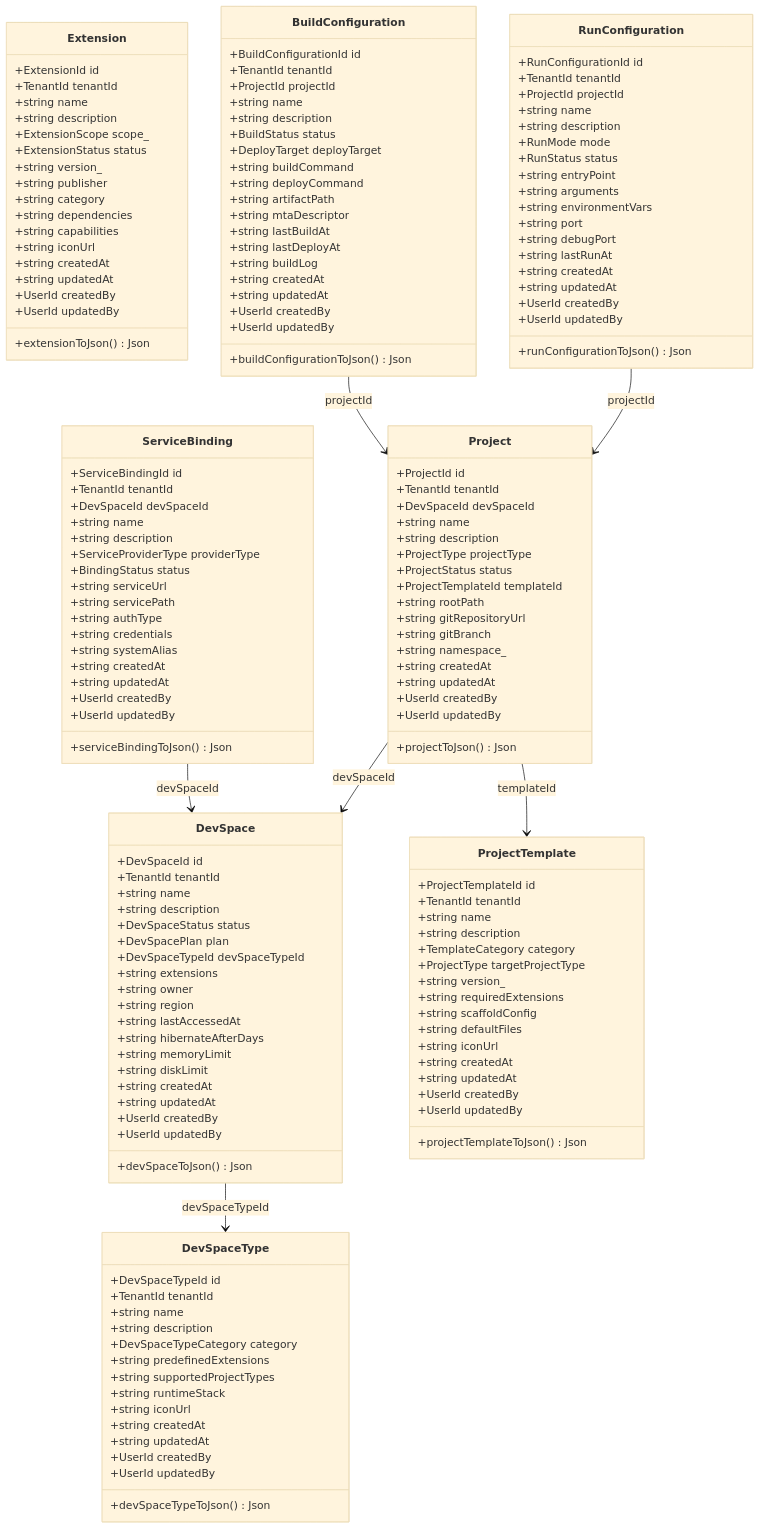
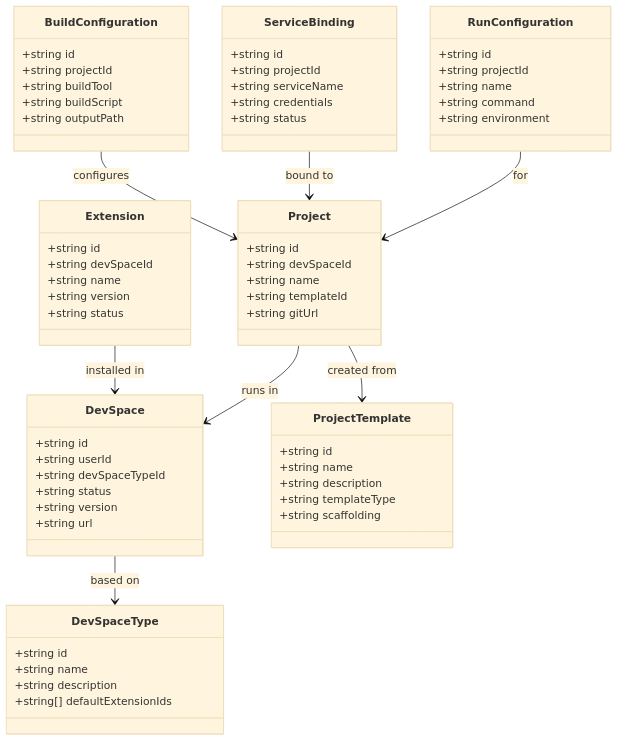
One commit to UIMSolutions/uim-platform changed the first of 3 diagrams in application-studio/UML.md. Above: the diagram before and after it, drawn with Mermaid (base theme). The commit also changed other lines of this file and 128 other files, not shown here.

Commit message:
Refactor UML documentation for Task Center and Transport services; streamline class diagrams, sequence diagrams, and component diagrams for clarity and consistency. Update NAFv4 architecture description to enhance structure and readability. Adjust container module imports for better organization.

````diff
--- a/application-studio/UML.md
+++ b/application-studio/UML.md
@@ -5,170 +5,67 @@
 ```mermaid
 classDiagram
     class DevSpace {
-        +DevSpaceId id
-        +TenantId tenantId
+        +string id
+        +string userId
+        +string devSpaceTypeId
+        +string status
+        +string version
+        +string url
+    }
+    class Project {
+        +string id
+        +string devSpaceId
+        +string name
+        +string templateId
+        +string gitUrl
+    }
+    class Extension {
+        +string id
+        +string devSpaceId
+        +string name
+        +string version
+        +string status
+    }
+    class RunConfiguration {
+        +string id
+        +string projectId
+        +string name
+        +string command
+        +string environment
+    }
+    class DevSpaceType {
+        +string id
         +string name
         +string description
-        +DevSpaceStatus status
-        +DevSpacePlan plan
-        +DevSpaceTypeId devSpaceTypeId
-        +string extensions
-        +string owner
-        +string region
-        +string lastAccessedAt
-        +string hibernateAfterDays
-        +string memoryLimit
-        +string diskLimit
-        +string createdAt
-        +string updatedAt
-        +UserId createdBy
-        +UserId updatedBy
-        +devSpaceToJson() Json
+        +string[] defaultExtensionIds
+    }
+    class ServiceBinding {
+        +string id
+        +string projectId
+        +string serviceName
+        +string credentials
+        +string status
+    }
+    class ProjectTemplate {
+        +string id
+        +string name
+        +string description
+        +string templateType
+        +string scaffolding
+    }
+    class BuildConfiguration {
+        +string id
+        +string projectId
+        +string buildTool
+        +string buildScript
+        +string outputPath
     }
 
-    class DevSpaceType {
-        +DevSpaceTypeId id
-        +TenantId tenantId
-        +string name
-        +string description
-        +DevSpaceTypeCategory category
-        +string predefinedExtensions
-        +string supportedProjectTypes
-        +string runtimeStack
-        +string iconUrl
-        +string createdAt
-        +string updatedAt
-        +UserId createdBy
-        +UserId updatedBy
-        +devSpaceTypeToJson() Json
-    }
-
-    class Extension {
-        +ExtensionId id
-        +TenantId tenantId
-        +string name
-        +string description
-        +ExtensionScope scope_
-        +ExtensionStatus status
-        +string version_
-        +string publisher
-        +string category
-        +string dependencies
-        +string capabilities
-        +string iconUrl
-        +string createdAt
-        +string updatedAt
-        +UserId createdBy
-        +UserId updatedBy
-        +extensionToJson() Json
-    }
-
-    class Project {
-        +ProjectId id
-        +TenantId tenantId
-        +DevSpaceId devSpaceId
-        +string name
-        +string description
-        +ProjectType projectType
-        +ProjectStatus status
-        +ProjectTemplateId templateId
-        +string rootPath
-        +string gitRepositoryUrl
-        +string gitBranch
-        +string namespace_
-        +string createdAt
-        +string updatedAt
-        +UserId createdBy
-        +UserId updatedBy
-        +projectToJson() Json
-    }
-
-    class ProjectTemplate {
-        +ProjectTemplateId id
-        +TenantId tenantId
-        +string name
-        +string description
-        +TemplateCategory category
-        +ProjectType targetProjectType
-        +string version_
-        +string requiredExtensions
-        +string scaffoldConfig
-        +string defaultFiles
-        +string iconUrl
-        +string createdAt
-        +string updatedAt
-        +UserId createdBy
-        +UserId updatedBy
-        +projectTemplateToJson() Json
-    }
-
-    class ServiceBinding {
-        +ServiceBindingId id
-        +TenantId tenantId
-        +DevSpaceId devSpaceId
-        +string name
-        +string description
-        +ServiceProviderType providerType
-        +BindingStatus status
-        +string serviceUrl
-        +string servicePath
-        +string authType
-        +string credentials
-        +string systemAlias
-        +string createdAt
-        +string updatedAt
-        +UserId createdBy
-        +UserId updatedBy
-        +serviceBindingToJson() Json
-    }
-
-    class RunConfiguration {
-        +RunConfigurationId id
-        +TenantId tenantId
-        +ProjectId projectId
-        +string name
-        +string description
-        +RunMode mode
-        +RunStatus status
-        +string entryPoint
-        +string arguments
-        +string environmentVars
-        +string port
-        +string debugPort
-        +string lastRunAt
-        +string createdAt
-        +string updatedAt
-        +UserId createdBy
-        +UserId updatedBy
-        +runConfigurationToJson() Json
-    }
-
-    class BuildConfiguration {
-        +BuildConfigurationId id
-        +TenantId tenantId
-        +ProjectId projectId
-        +string name
-        +string description
-        +BuildStatus status
-        +DeployTarget deployTarget
-        +string buildCommand
-        +string deployCommand
-        +string artifactPath
-        +string mtaDescriptor
-        +string lastBuildAt
-        +string lastDeployAt
-        +string buildLog
-        +string createdAt
-        +string updatedAt
-        +UserId createdBy
-        +UserId updatedBy
-        +buildConfigurationToJson() Json
-    }
-
-    DevSpace --> DevSpaceType : devSpaceTypeId
-    Project --> DevSpace : devSpaceId
-    Project --> ProjectTemplate : templateId
-    ServiceBinding --> DevSpace : devSpaceId
-    RunConfiguration --> Project : projectId
-    BuildConfiguration --> Project : projectId
+    DevSpace --> DevSpaceType : based on
+    Project --> DevSpace : runs in
+    Extension --> DevSpace : installed in
+    RunConfiguration --> Project : for
+    ServiceBinding --> Project : bound to
+    Project --> ProjectTemplate : created from
+    BuildConfiguration --> Project : configures
 ```
````
